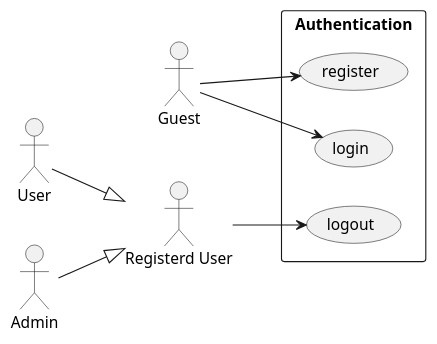
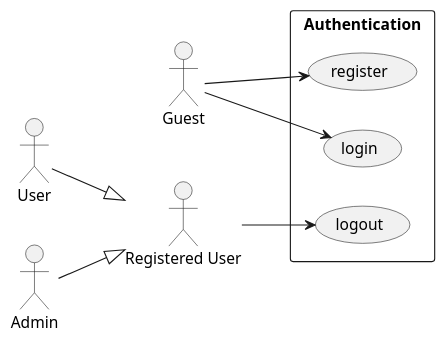
The diagram in diagrams/usecase/auth/auth.puml (TeaChanathip/SwDev-Project), drawn with PlantUML before and after one commit. The commit also changed 9 other files, not shown here.

```diff
--- a/diagrams/usecase/auth/auth.puml
+++ b/diagrams/usecase/auth/auth.puml
@@ -1,23 +1,23 @@
 @startuml auth
 left to right direction
 
 actor Guest
-actor "Registerd User"
+actor "Registered User"
 actor User
 actor Admin
 
-User --|> "Registerd User"
-Admin --|> "Registerd User"
+User --|> "Registered User"
+Admin --|> "Registered User"
 
 rectangle "Authentication" {
     usecase "register" as AuthUC1
     usecase "login" as AuthUC2
     usecase "logout" as AuthUC3
 }
 
 Guest --> AuthUC1
 Guest --> AuthUC2
 
-"Registerd User" --> AuthUC3
+"Registered User" --> AuthUC3
 
 @enduml
```
